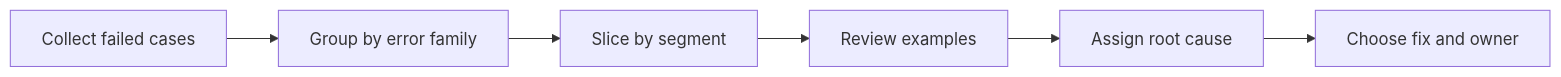
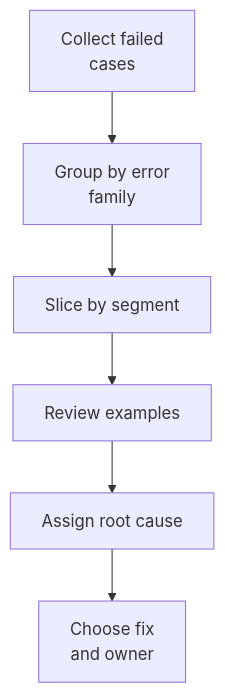
The diagram in docs/15-error-analysis.md (Nivratti/ekyc-face-liveness-playbook), drawn with Mermaid before and after one commit. The commit also changed 31 other files, not shown here.

Commit message:
docs: improve mermaid diagram readability by converting wide flows to vertical layouts

````diff
--- a/docs/15-error-analysis.md
+++ b/docs/15-error-analysis.md
@@ -37,8 +37,8 @@
 ```mermaid
-flowchart LR
-    A[Collect failed cases] --> B[Group by error family]
+flowchart TB
+    A[Collect failed<br/>cases] --> B[Group by error<br/>family]
     B --> C[Slice by segment]
     C --> D[Review examples]
     D --> E[Assign root cause]
-    E --> F[Choose fix and owner]
+    E --> F[Choose fix<br/>and owner]
 ```
````
